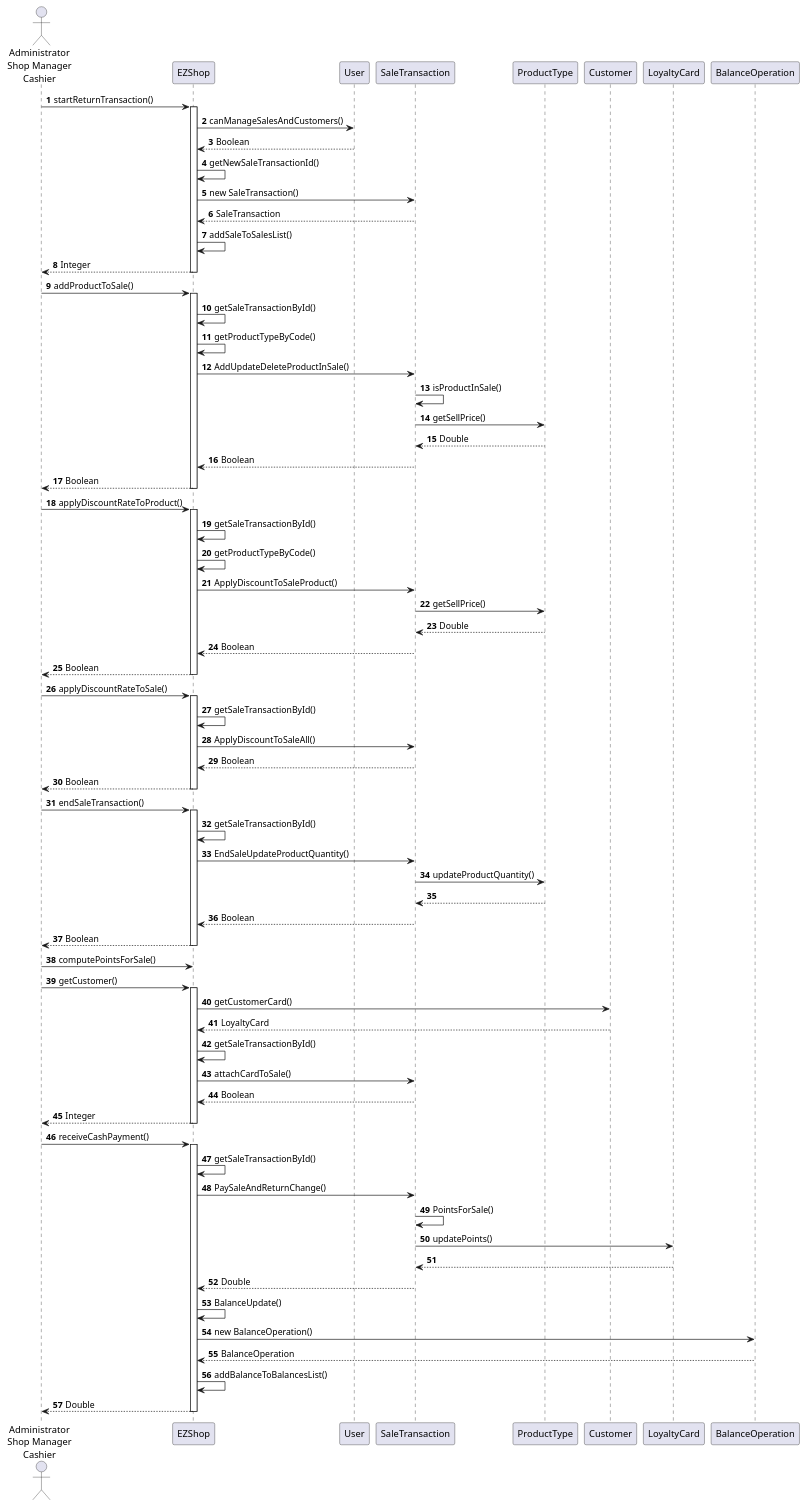
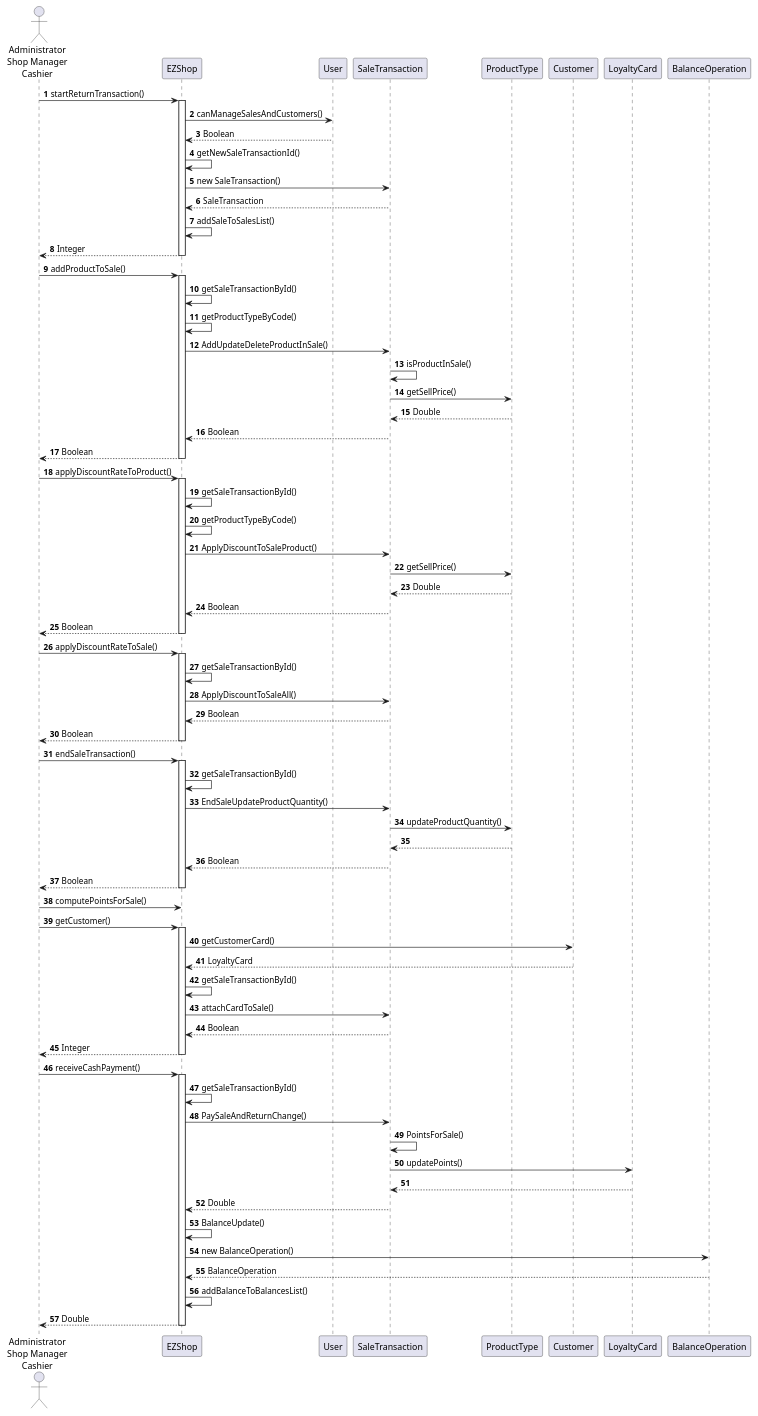
One commit to gioele-scaletta/EZShop-Software-Engineering-Project changed diagram 13 of 20 in Deliverables/DesignDocument.md. Above: the diagram before and after it, drawn with PlantUML.

Commit message:
29_04_call_fixes_1.2

````diff
--- a/Deliverables/DesignDocument.md
+++ b/Deliverables/DesignDocument.md
@@ -410,5 +410,5 @@
 ```plantuml
-scale 0.98
+scale 0.92
 
 actor "Administrator\nShop Manager\nCashier" as user
 
````
